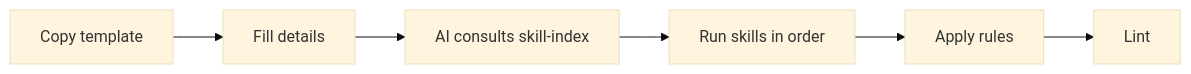
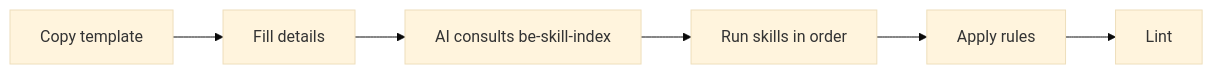
One commit to Albetrios/core-be changed the first of 2 diagrams in docs/getting-started/requirement-intake.md. Above: the diagram before and after it, drawn with Mermaid (base theme). The commit also changed other lines of this file and 320 other files, not shown here.

````diff
--- a/docs/getting-started/requirement-intake.md
+++ b/docs/getting-started/requirement-intake.md
@@ -9,8 +9,8 @@
 ```mermaid
 flowchart LR
   A[Copy template] --> B[Fill details]
-  B --> C[AI consults skill-index]
+  B --> C[AI consults be-skill-index]
   C --> D[Run skills in order]
   D --> E[Apply rules]
   E --> F[Lint]
 ```
````
